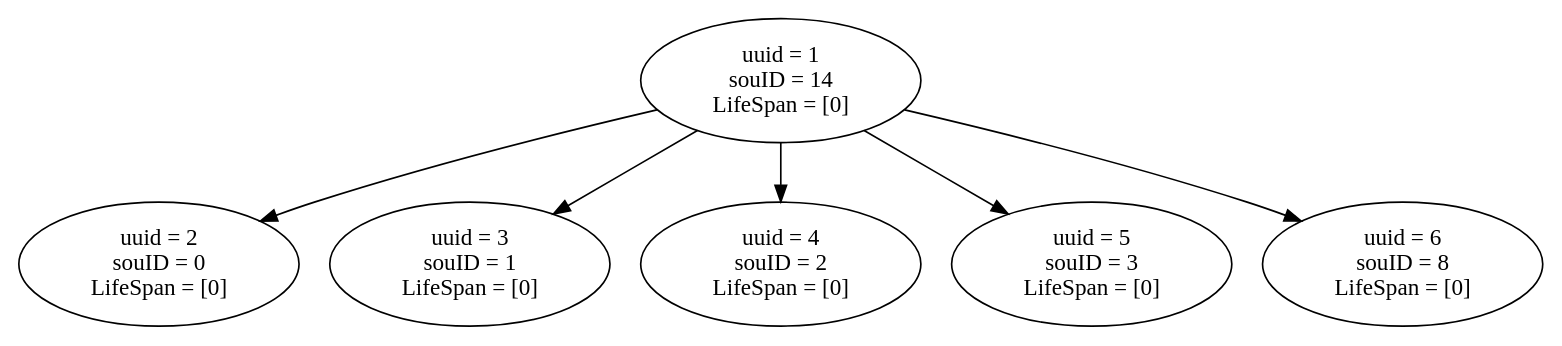
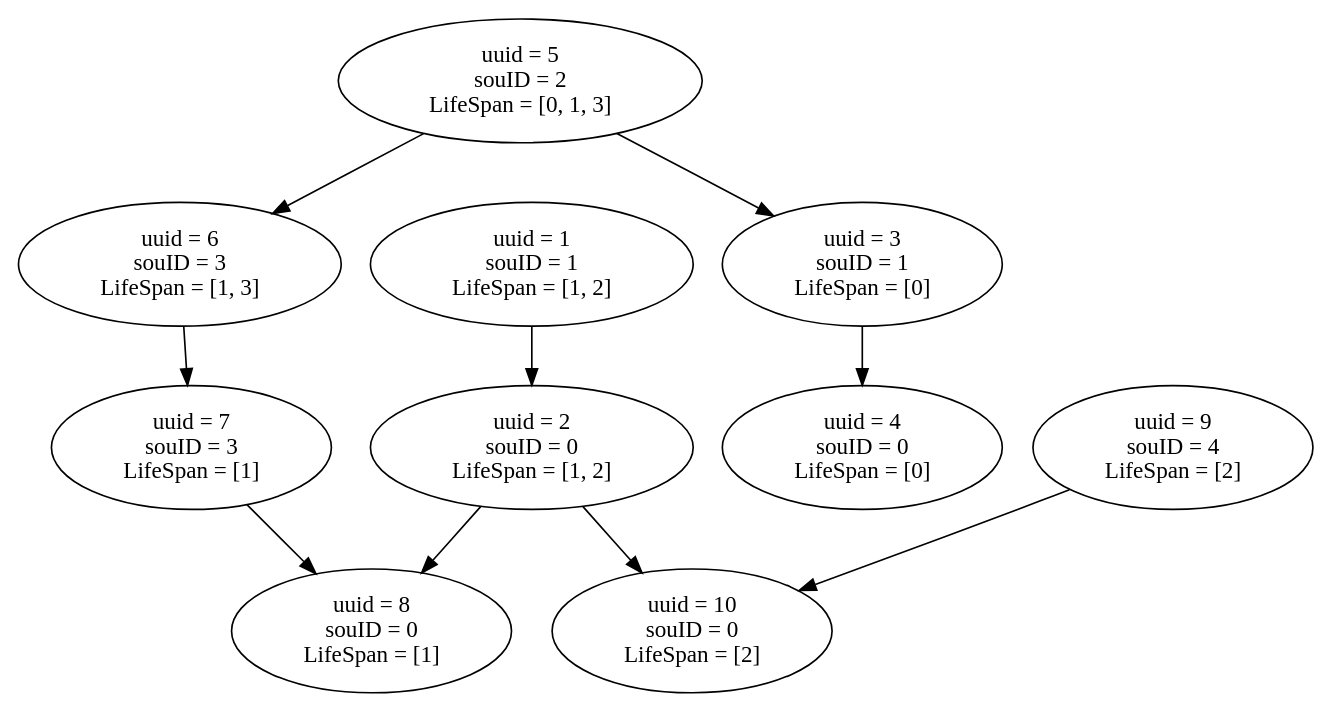
One commit to zzzzzec/work changed the diagram in gt/IG/IG.gv. Above: the diagram before and after it, drawn with Graphviz. The commit also changed 102 other files, not shown here.

```diff
--- a/gt/IG/IG.gv
+++ b/gt/IG/IG.gv
@@ -1,26 +1,42 @@
 // IindexGraph
 digraph {
 	1 [label="uuid = 1
-souID = 14
-LifeSpan = [0]"]
+souID = 1
+LifeSpan = [1, 2]"]
 	2 [label="uuid = 2
 souID = 0
-LifeSpan = [0]"]
+LifeSpan = [1, 2]"]
 	3 [label="uuid = 3
 souID = 1
 LifeSpan = [0]"]
 	4 [label="uuid = 4
-souID = 2
+souID = 0
 LifeSpan = [0]"]
 	5 [label="uuid = 5
+souID = 2
+LifeSpan = [0, 1, 3]"]
+	6 [label="uuid = 6
 souID = 3
-LifeSpan = [0]"]
-	6 [label="uuid = 6
-souID = 8
-LifeSpan = [0]"]
+LifeSpan = [1, 3]"]
+	7 [label="uuid = 7
+souID = 3
+LifeSpan = [1]"]
+	8 [label="uuid = 8
+souID = 0
+LifeSpan = [1]"]
+	9 [label="uuid = 9
+souID = 4
+LifeSpan = [2]"]
+	10 [label="uuid = 10
+souID = 0
+LifeSpan = [2]"]
 	1 -> 2
-	1 -> 3
-	1 -> 4
-	1 -> 5
-	1 -> 6
+	2 -> 8
+	2 -> 10
+	3 -> 4
+	5 -> 3
+	5 -> 6
+	6 -> 7
+	7 -> 8
+	9 -> 10
 }
```
